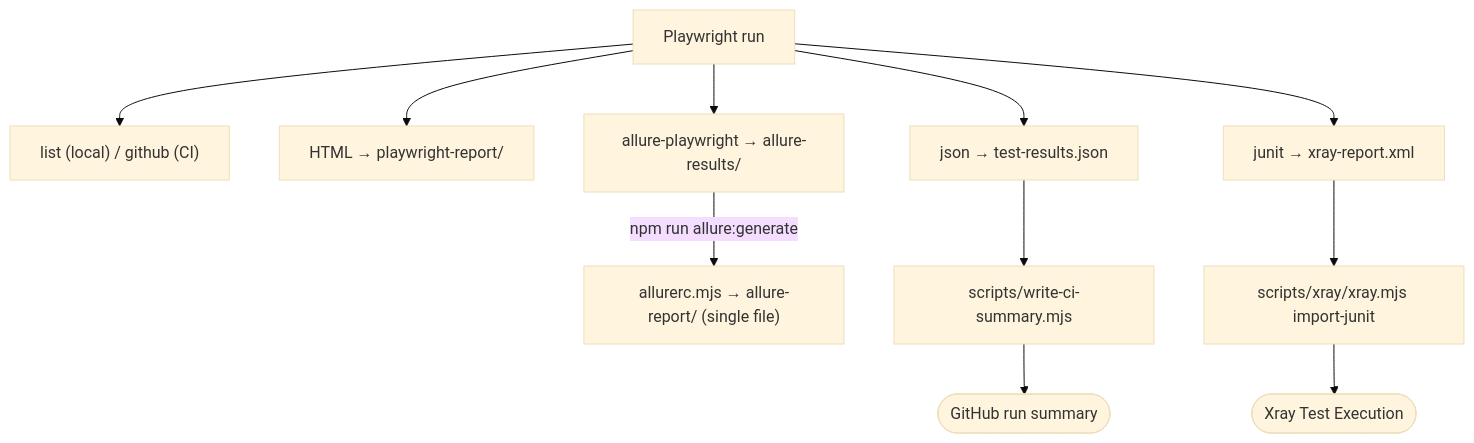
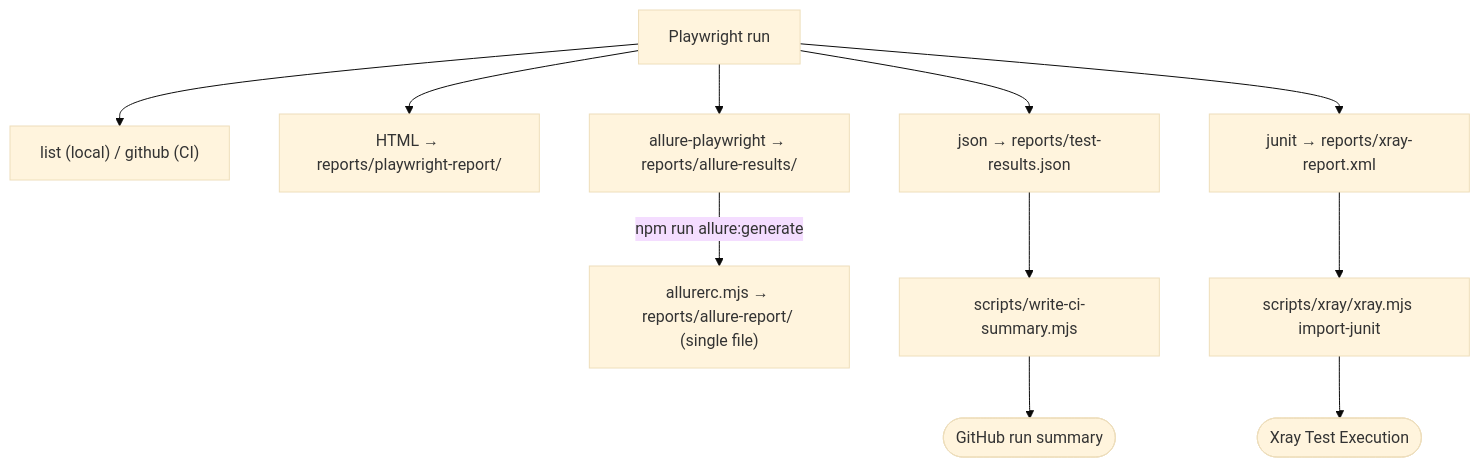
One commit to Xaoimiimii/psmusic-playwright-automation changed the sixth of 10 diagrams in README.md. Above: the diagram before and after it, drawn with Mermaid (base theme). The commit also changed other lines of this file and 8 other files, not shown here.

````diff
--- a/README.md
+++ b/README.md
@@ -308,23 +310,23 @@
 ```mermaid
 flowchart TD
     RUN["Playwright run"]
     LIST["list (local) / github (CI)"]
-    HTML["HTML → playwright-report/"]
-    AL["allure-playwright → allure-results/"]
-    JSON["json → test-results.json"]
-    JU["junit → xray-report.xml"]
-    AR["allurerc.mjs → allure-report/ (single file)"]
+    HTML["HTML → reports/playwright-report/"]
+    AL["allure-playwright → reports/allure-results/"]
+    JSON["json → reports/test-results.json"]
+    JU["junit → reports/xray-report.xml"]
+    AR["allurerc.mjs → reports/allure-report/ (single file)"]
     SUM["scripts/write-ci-summary.mjs"]
     GH(["GitHub run summary"])
     XR["scripts/xray/xray.mjs import-junit"]
     XRAY(["Xray Test Execution"])
 
     RUN --> LIST
     RUN --> HTML
     RUN --> AL
     RUN --> JSON
     RUN --> JU
     AL -->|npm run allure:generate| AR
     JSON --> SUM --> GH
     JU --> XR --> XRAY
 ```
````
